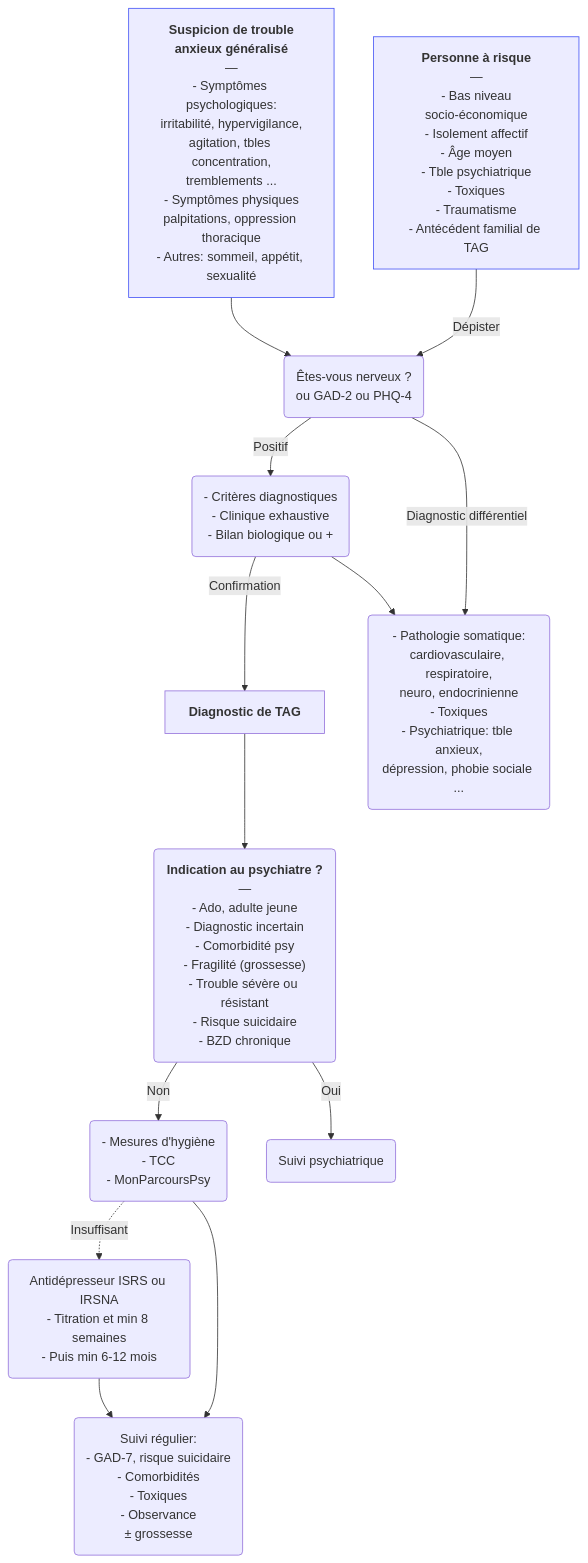
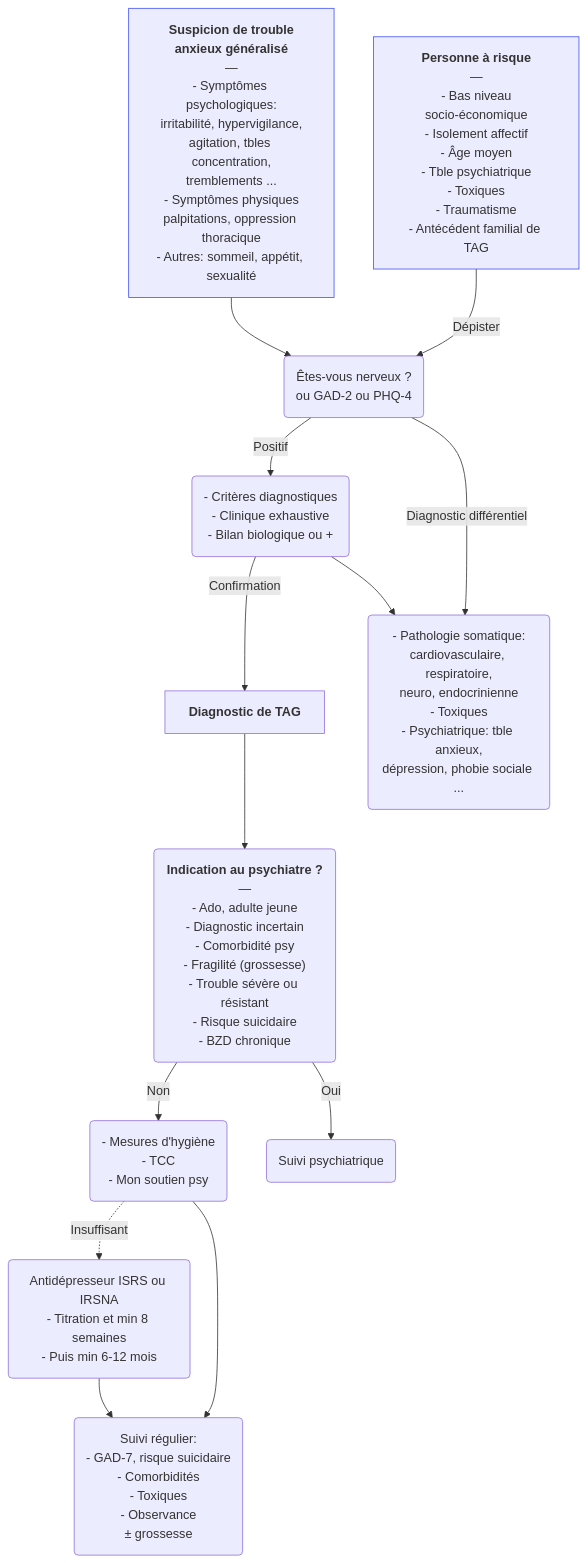
The diagram in content/recommandations/trouble-anxieux-generalise.md (djibe/recommandations-medicales), drawn with Mermaid before and after one commit. The commit also changed other lines of this file and 33 other files, not shown here.

```diff
--- a/content/recommandations/trouble-anxieux-generalise.md
+++ b/content/recommandations/trouble-anxieux-generalise.md
@@ -262,12 +262,12 @@
 {{< mermaid title="Prise en charge du trouble anxieux généralisé (TAG). Dr JB Fron d'après ACP 2019 et BAP 2010" >}}
 graph TB
   symptômes["<b>Suspicion de trouble<br>anxieux généralisé</b><br>—<br>- Symptômes psychologiques:<br>irritabilité, hypervigilance,<br>agitation, tbles concentration,<br>tremblements ...<br>- Symptômes physiques<br>palpitations, oppression thoracique<br>- Autres: sommeil, appétit, sexualité"] --> dépistage("Êtes-vous nerveux ?<br>ou GAD-2 ou PHQ-4")
   risque["<b>Personne à risque</b><br>—<br>- Bas niveau<br>socio-économique<br>- Isolement affectif<br>- Âge moyen<br>- Tble psychiatrique<br>- Toxiques<br>- Traumatisme<br>- Antécédent familial de TAG"] -- Dépister --> dépistage
   style symptômes stroke:#4150f5, stroke-width:1px
   style risque stroke:#4150f5, stroke-width:1px
-    dépistage -- Positif --> étayer("- Critères diagnostiques<br>- Clinique exhaustive<br>- Bilan biologique ou +") -- Confirmation --> TAG["<b>Diagnostic de TAG</b>"] --> indicationPsychiatre("<b>Indication au psychiatre ?</b><br>—<br>- Ado, adulte jeune<br>- Diagnostic incertain<br>- Comorbidité psy<br>- Fragilité (grossesse)<br>- Trouble sévère ou résistant<br>- Risque suicidaire<br>- BZD chronique") -- Non --> RHD("- Mesures d'hygiène<br>- TCC<br>- MonParcoursPsy") -. Insuffisant .-> antidépresseur("Antidépresseur ISRS ou IRSNA<br>- Titration et min 8 semaines<br>- Puis min 6-12 mois") --> suivi("Suivi régulier:<br>- GAD-7, risque suicidaire<br>- Comorbidités<br>- Toxiques<br>- Observance<br>± grossesse")
+    dépistage -- Positif --> étayer("- Critères diagnostiques<br>- Clinique exhaustive<br>- Bilan biologique ou +") -- Confirmation --> TAG["<b>Diagnostic de TAG</b>"] --> indicationPsychiatre("<b>Indication au psychiatre ?</b><br>—<br>- Ado, adulte jeune<br>- Diagnostic incertain<br>- Comorbidité psy<br>- Fragilité (grossesse)<br>- Trouble sévère ou résistant<br>- Risque suicidaire<br>- BZD chronique") -- Non --> RHD("- Mesures d'hygiène<br>- TCC<br>- Mon soutien psy") -. Insuffisant .-> antidépresseur("Antidépresseur ISRS ou IRSNA<br>- Titration et min 8 semaines<br>- Puis min 6-12 mois") --> suivi("Suivi régulier:<br>- GAD-7, risque suicidaire<br>- Comorbidités<br>- Toxiques<br>- Observance<br>± grossesse")
       RHD --> suivi
       indicationPsychiatre -- Oui --> psychiatre(Suivi psychiatrique)
     dépistage -- Diagnostic différentiel --> différentiel("- Pathologie somatique:<br>cardiovasculaire, respiratoire,<br>neuro, endocrinienne<br>- Toxiques<br>- Psychiatrique: tble anxieux,<br>dépression, phobie sociale ...")
       étayer --> différentiel
 {{< /mermaid >}}
```
